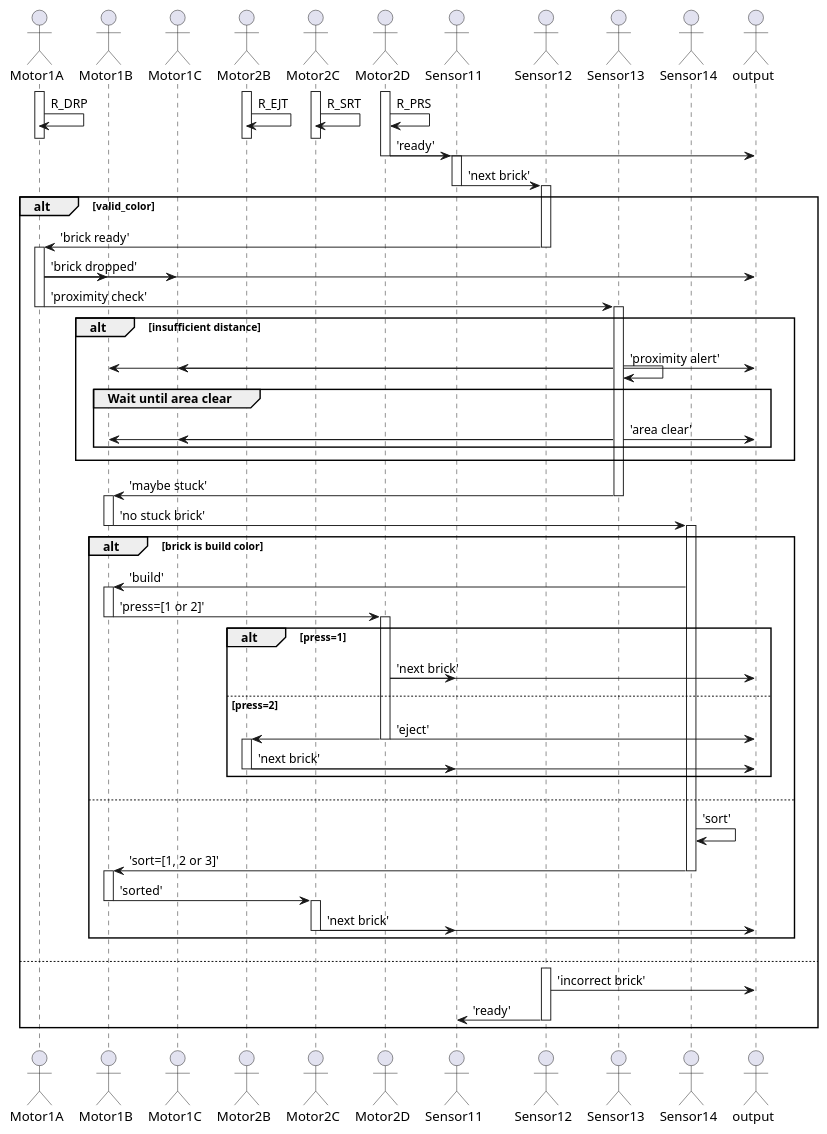
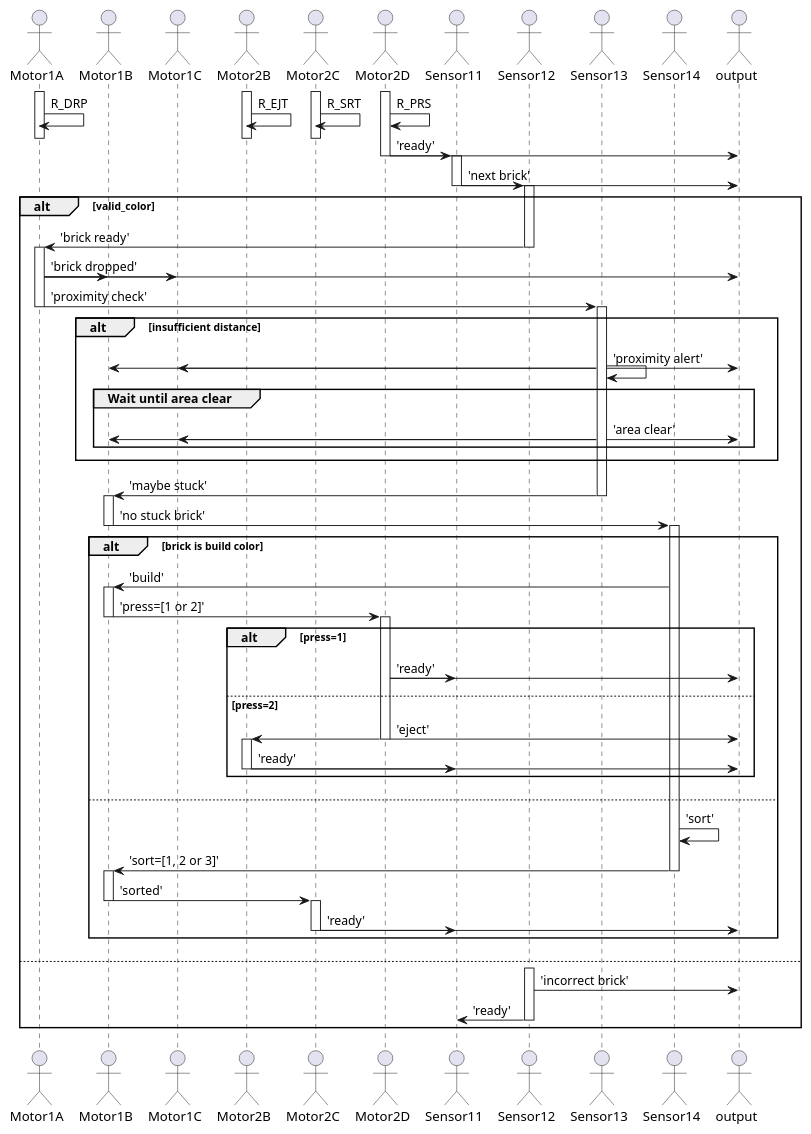
The diagram in UML/communications.puml (pieter-hendriks/recycling-plant), drawn with PlantUML before and after one commit. The commit also changed 1109 other files, not shown here.

```diff
--- a/UML/communications.puml
+++ b/UML/communications.puml
@@ -1,90 +1,91 @@
 @startuml
 !pragma teoz true
 actor Motor1A as 1A
 actor Motor1B as 1B
 actor Motor1C as 1C
 actor Motor2B as 2B
 actor Motor2C as 2C
 actor Motor2D as 2D
 actor Sensor11 as 11
 actor Sensor12 as 12
 actor Sensor13 as 13
 actor Sensor14 as 14
 actor output as out
 
 activate 1A
 activate 2B
 activate 2C
 activate 2D
 1A -> 1A : R_DRP
 & 2B -> 2B : R_EJT
 & 2C -> 2C : R_SRT
 & 2D -> 2D : R_PRS
 deactivate 1A
 deactivate 2B
 deactivate 2C
-2D -> 11 ++ : 'ready'
-& 2D -> out 
+2D -> 11 ++ 
+& 2D -> out : 'ready'
 deactivate 2D
-11 -> 12 ++ : 'next brick'
+11 -> 12 ++ 
+& 11 -> out : 'next brick'
 deactivate 11
 
 alt valid_color
 	12->1A ++ : 'brick ready'
 	deactivate 12
 	1A -> out : 'brick dropped'
 	& 1A -> 1B
 	& 1A -> 1C
 	1A -> 13 ++ : 'proximity check'
 	deactivate 1A
 	alt insufficient distance
 		13 -> out : 'proximity alert'
 		& 13 -> 1B 
 		& 13 -> 1C 
 		& 13 -> 13 
 		group Wait until area clear
 			13 -> out : 'area clear'
 			& 13 -> 1B
 			& 13 -> 1C 
 		end
 	end
 	13 -> 1B ++ : 'maybe stuck'
 	deactivate 13
 	1B -> 14 ++ : 'no stuck brick'
 	deactivate 1B
 	alt brick is build color
 		14 -> 1B ++ : 'build'
 		1B -> 2D ++ : 'press=[1 or 2]'
 		deactivate 1B
 		alt press=1
-			2D -> out : 'next brick'
+			2D -> out : 'ready'
 			& 2D -> 11
 		else press=2
 			2D -> out : 'eject'
 			& 2D -> 2B ++
 			deactivate 2D
-			2B -> 11 : 'next brick'
+			2B -> 11 : 'ready'
 			& 2B -> out
 			deactivate 2B
 		end
 		
 	else
 		14 -> 14 : 'sort'
 		14 -> 1B ++ : 'sort=[1, 2 or 3]'
 		deactivate 14
 		1B -> 2C ++ : 'sorted'
 		deactivate 1B 
-		2C -> 11 : 'next brick'
+		2C -> 11 : 'ready'
 		& 2C -> out
 		deactivate 2C 
 	end
 
 else
 	activate 12
 	12->out : 'incorrect brick'
 	12-> 11 : 'ready'
 	deactivate 12
 end
 
 
 @enduml
```
